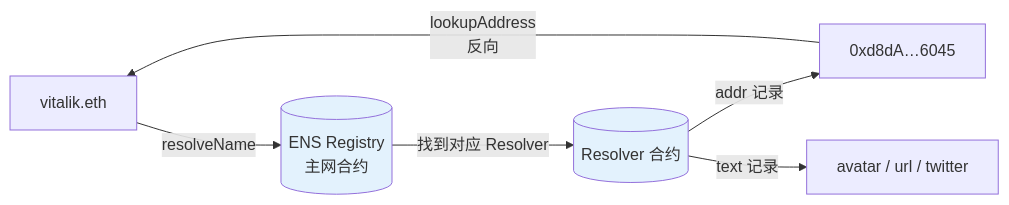
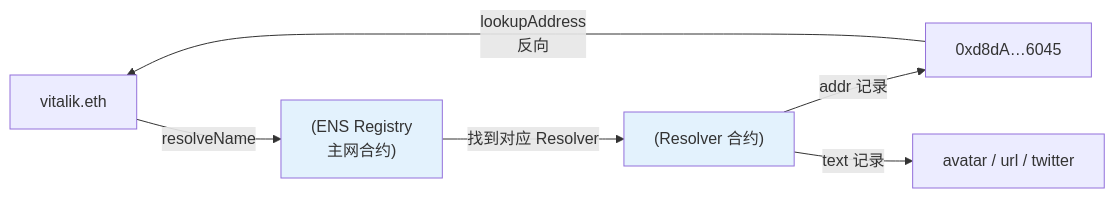
The diagram in 08-ethers-viem/10-ens/README.md (boyley/web3-learning), drawn with Mermaid before and after one commit. The commit also changed 71 other files, not shown here.

First line of the commit message:
fix: 全库修复 Mermaid 词法错误

````diff
--- a/08-ethers-viem/10-ens/README.md
+++ b/08-ethers-viem/10-ens/README.md
@@ -22,10 +22,10 @@
 ```mermaid
 flowchart LR
-    A["vitalik.eth"] -->|resolveName| R1[(ENS Registry<br/>主网合约)]
-    R1 -->|找到对应 Resolver| R2[(Resolver 合约)]
+    A["vitalik.eth"] -->|resolveName| R1["(ENS Registry<br/>主网合约)"]
+    R1 -->|找到对应 Resolver| R2["(Resolver 合约)"]
     R2 -->|addr 记录| B["0xd8dA…6045"]
     R2 -->|text 记录| C["avatar / url / twitter"]
-    B -->|lookupAddress<br/>反向| A
+    B -->|"lookupAddress<br/>反向"| A
     style R1 fill:#e3f2fd
     style R2 fill:#e3f2fd
 ```
````
